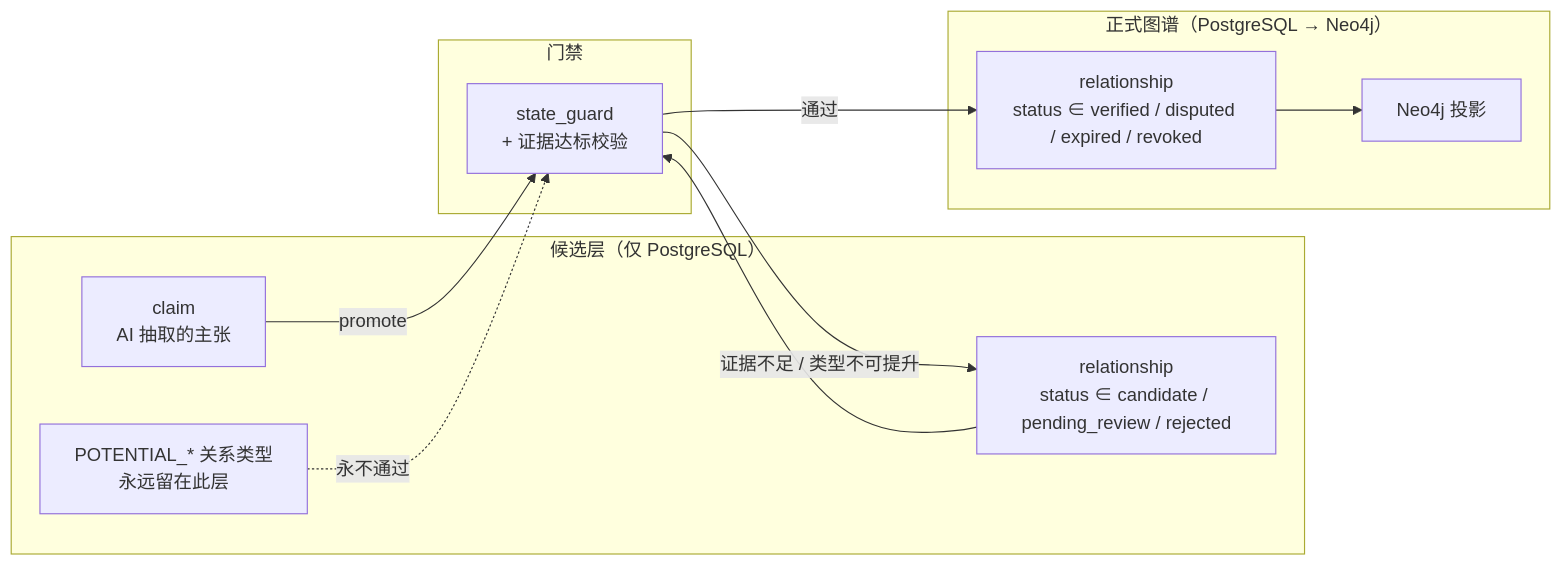
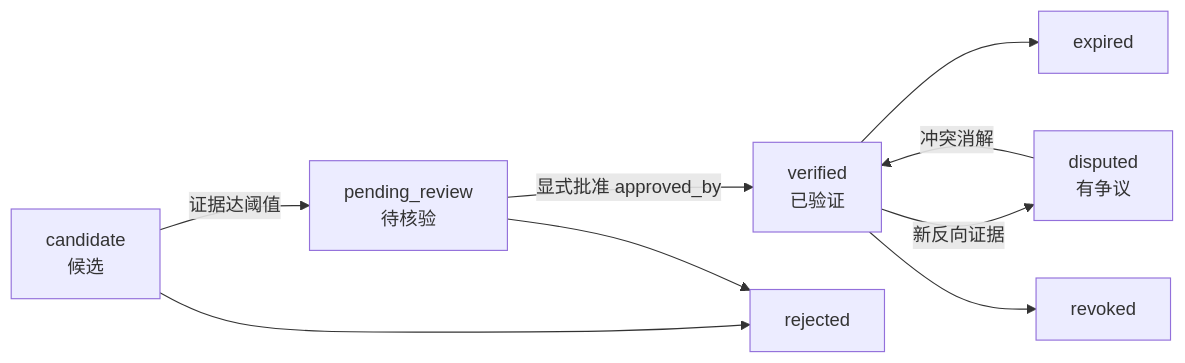
The diagram in docs/api-contracts.md (vvwn/Financial-Intelligence-Graph), drawn with Mermaid before and after one commit. The commit also changed other lines of this file and 51 other files, not shown here.

````diff
--- a/docs/api-contracts.md
+++ b/docs/api-contracts.md
@@ -32,22 +26,11 @@
 ```mermaid
 graph LR
-    subgraph CAND["候选层（仅 PostgreSQL）"]
-        C1["claim<br/>AI 抽取的主张"]
-        C2["relationship<br/>status ∈ candidate / pending_review / rejected"]
-        C3["POTENTIAL_* 关系类型<br/>永远留在此层"]
-    end
-    subgraph GATE["门禁"]
-        G1["state_guard<br/>+ 证据达标校验"]
-    end
-    subgraph VER["正式图谱（PostgreSQL → Neo4j）"]
-        V1["relationship<br/>status ∈ verified / disputed / expired / revoked"]
-        V2["Neo4j 投影"]
-    end
-
-    C1 -->|"promote"| G1
-    C2 --> G1
-    G1 -->|"通过"| V1
-    G1 -->|"证据不足 / 类型不可提升"| C2
-    V1 --> V2
-    C3 -.->|"永不通过"| G1
+    C["candidate<br/>候选"] -->|"证据达阈值"| P["pending_review<br/>待核验"]
+    P -->|"显式批准 approved_by"| V["verified<br/>已验证"]
+    V -->|"新反向证据"| D["disputed<br/>有争议"]
+    D -->|"冲突消解"| V
+    C --> R["rejected"]
+    P --> R
+    V --> X["expired"]
+    V --> RV["revoked"]
 ```
````
